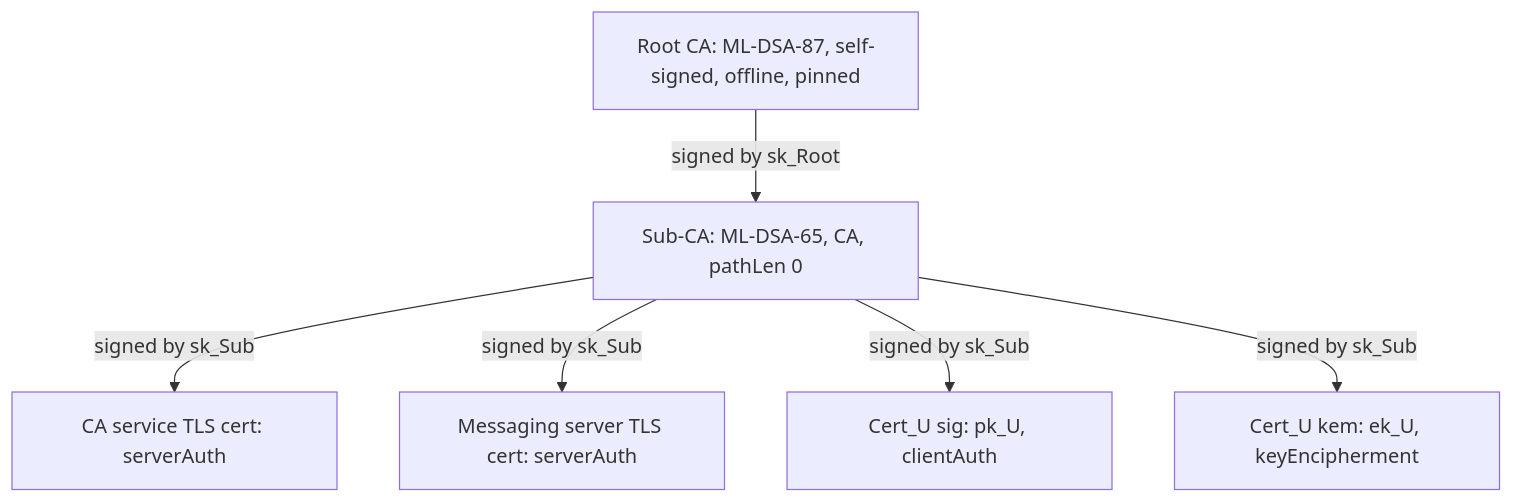
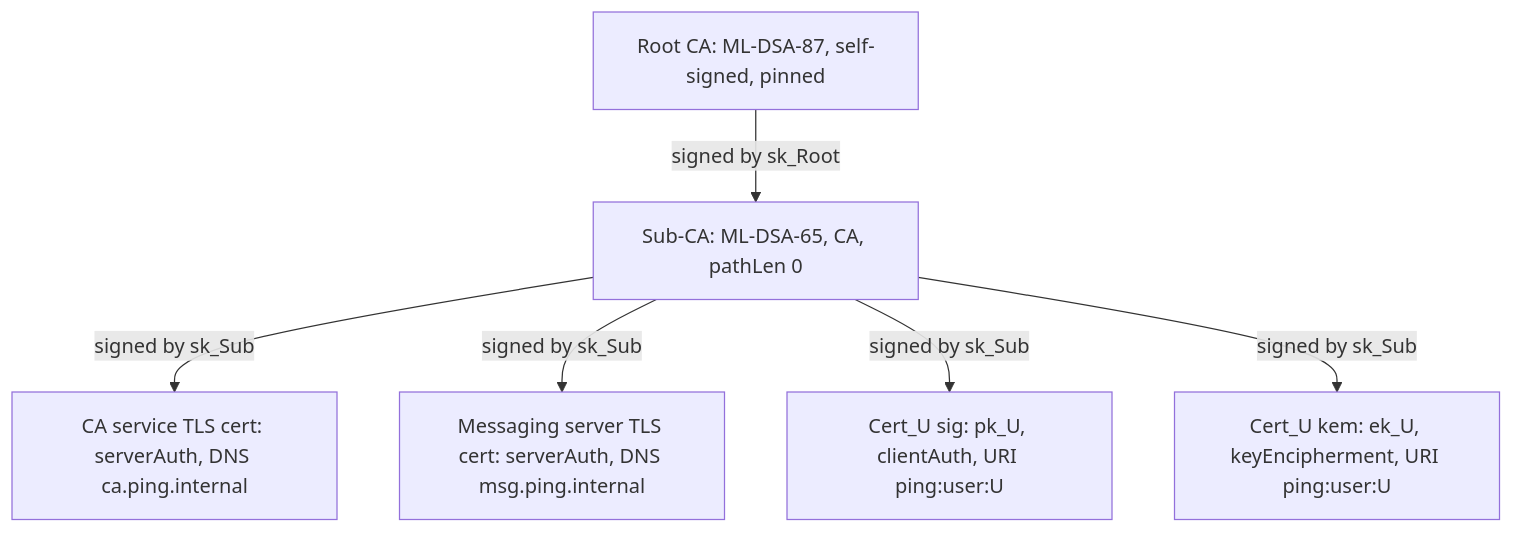
Before and after one commit to darthrevan030/ping-secure-messenger: the second of 5 diagrams in plan.md, drawn with Mermaid. The commit also changed other lines of this file, not shown here.

````diff
--- a/plan.md
+++ b/plan.md
@@ -107,14 +119,14 @@
 ```mermaid
 graph TD
-  root["Root CA: ML-DSA-87, self-signed, offline, pinned"]
+  root["Root CA: ML-DSA-87, self-signed, pinned"]
   subca["Sub-CA: ML-DSA-65, CA, pathLen 0"]
-  catls["CA service TLS cert: serverAuth"]
-  srvtls["Messaging server TLS cert: serverAuth"]
-  usig["Cert_U sig: pk_U, clientAuth"]
-  ukem["Cert_U kem: ek_U, keyEncipherment"]
+  catls["CA service TLS cert: serverAuth, DNS ca.ping.internal"]
+  srvtls["Messaging server TLS cert: serverAuth, DNS msg.ping.internal"]
+  usig["Cert_U sig: pk_U, clientAuth, URI ping:user:U"]
+  ukem["Cert_U kem: ek_U, keyEncipherment, URI ping:user:U"]
   root -->|signed by sk_Root| subca
   subca -->|signed by sk_Sub| catls
   subca -->|signed by sk_Sub| srvtls
   subca -->|signed by sk_Sub| usig
   subca -->|signed by sk_Sub| ukem
 ```
````
